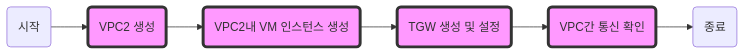
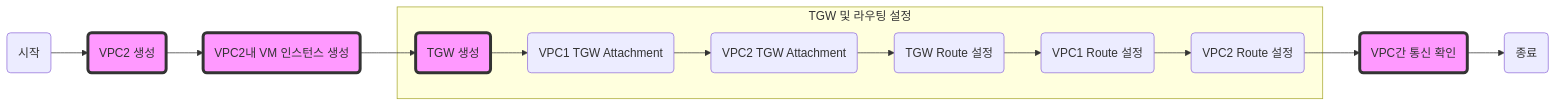
One commit to kakaocloud-edu/tutorial changed the diagram in EssentialBasicCourse/PracticalTextbook/Lab08.md. Above: the diagram before and after it, drawn with Mermaid.

````diff
--- a/EssentialBasicCourse/PracticalTextbook/Lab08.md
+++ b/EssentialBasicCourse/PracticalTextbook/Lab08.md
@@ -6,14 +6,24 @@
 ```mermaid
 graph LR
     시작(시작) --> VPC2생성(VPC2 생성)
     VPC2생성 --> VPC2내VM생성(VPC2내 VM 인스턴스 생성)
-    VPC2내VM생성 --> TGW생성(TGW 생성 및 설정)
-    TGW생성 --> VPC간통신확인(VPC간 통신 확인)
+    VPC2내VM생성 --> TGW생성(TGW 생성)
+
+    subgraph TGW 및 라우팅 설정
+        TGW생성 --> VPC1TGW연결(VPC1 TGW Attachment)
+        VPC1TGW연결 --> VPC2TGW연결(VPC2 TGW Attachment)
+        VPC2TGW연결 --> TGWRoute설정(TGW Route 설정)
+        TGWRoute설정 --> VPC1Route설정(VPC1 Route 설정)
+        VPC1Route설정 --> VPC2Route설정(VPC2 Route 설정)
+    end
+
+    VPC2Route설정 --> VPC간통신확인(VPC간 통신 확인)
     VPC간통신확인 --> 종료(종료)
 
     %% 강조
     class VPC2생성,VPC2내VM생성,TGW생성,VPC간통신확인 emphasized;
     
     %% 클래스 스타일
     classDef emphasized fill:#f9f,stroke:#333,stroke-width:4px;
+
 ```
````
